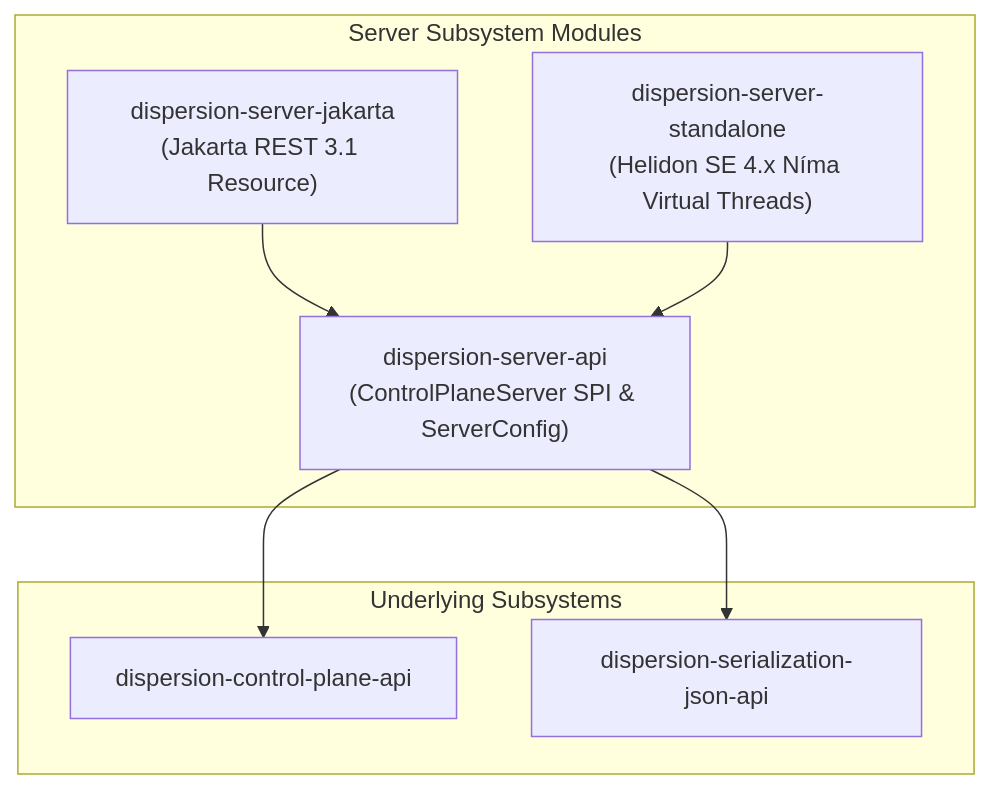
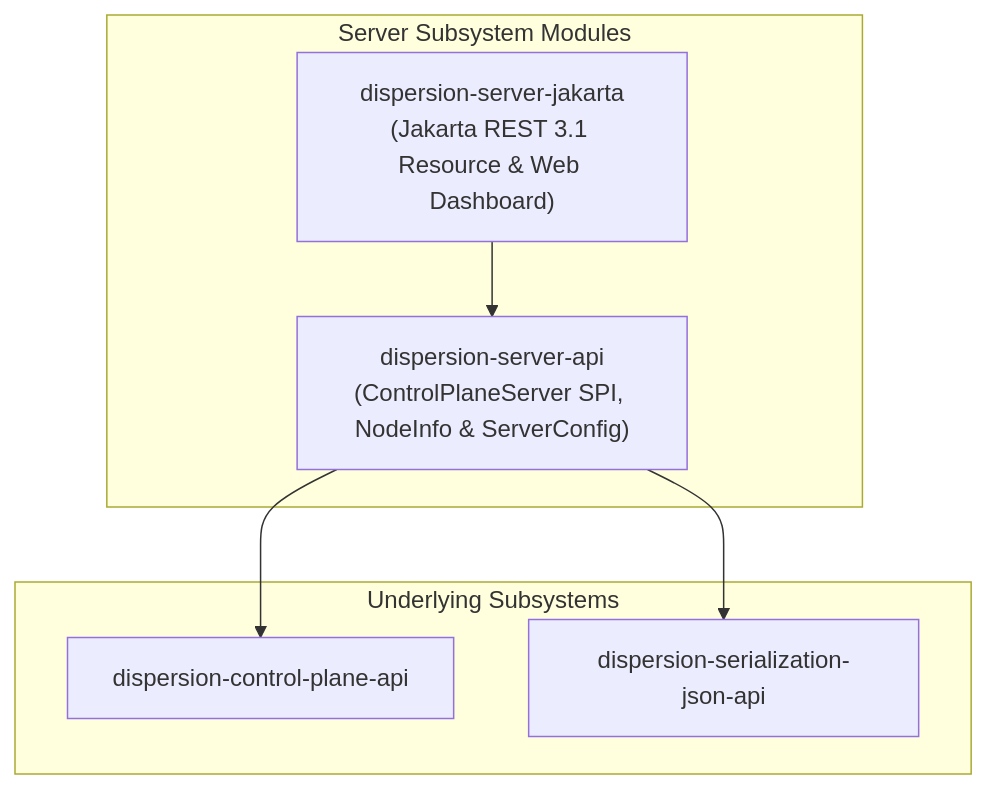
One commit to f442y/dispersion changed the diagram in server/README.md. Above: the diagram before and after it, drawn with Mermaid. The commit also changed other lines of this file and 74 other files, not shown here.

Commit message:
feat: tiered telemetry, dynamic tap manager, Jakarta REST server, Spring Boot 4 demo & docs overhaul

````diff
--- a/server/README.md
+++ b/server/README.md
@@ -11,17 +11,15 @@
 ```mermaid
 graph TD
     subgraph ServerSubsystem["Server Subsystem Modules"]
-        S_API["dispersion-server-api<br/>(ControlPlaneServer SPI & ServerConfig)"]
-        S_JAKARTA["dispersion-server-jakarta<br/>(Jakarta REST 3.1 Resource)"]
-        S_STANDALONE["dispersion-server-standalone<br/>(Helidon SE 4.x Níma Virtual Threads)"]
+        S_API["dispersion-server-api<br/>(ControlPlaneServer SPI, NodeInfo & ServerConfig)"]
+        S_JAKARTA["dispersion-server-jakarta<br/>(Jakarta REST 3.1 Resource & Web Dashboard)"]
 
         S_JAKARTA --> S_API
-        S_STANDALONE --> S_API
     end
 
     subgraph Dependencies["Underlying Subsystems"]
         CTRL["dispersion-control-plane-api"]
         JSON["dispersion-serialization-json-api"]
         S_API --> CTRL & JSON
     end
 ```
````
